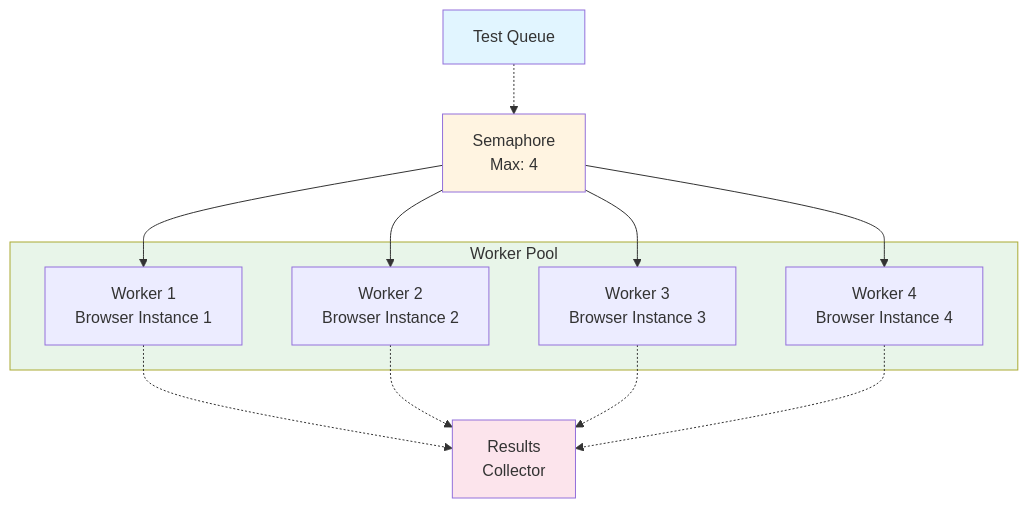
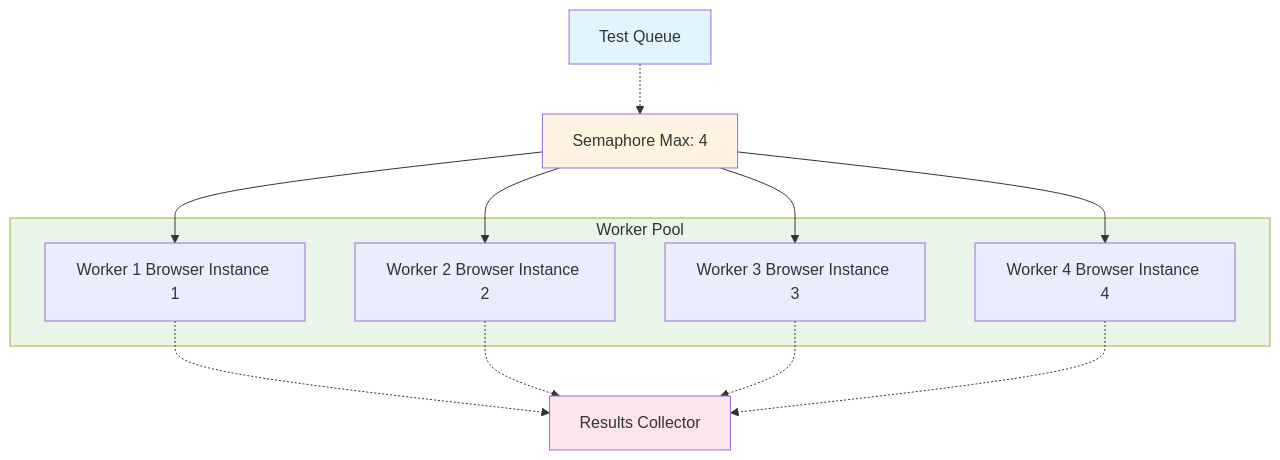
Before and after one commit to softwarewrighter/ui-test-rs: diagram 15 of 15 in wiki/Test-Runner.md, drawn with Mermaid. The commit also changed other lines of this file and 10 other files, not shown here.

First line of the commit message:
Fix wiki Mermaid diagrams: remove <br/> tags

````diff
--- a/wiki/Test-Runner.md
+++ b/wiki/Test-Runner.md
@@ -553,28 +553,28 @@
 ```mermaid
 graph TB
     subgraph WorkerPool["Worker Pool"]
-        W1[Worker 1<br/>Browser Instance 1]
-        W2[Worker 2<br/>Browser Instance 2]
-        W3[Worker 3<br/>Browser Instance 3]
-        W4[Worker 4<br/>Browser Instance 4]
+        W1[Worker 1 Browser Instance 1]
+        W2[Worker 2 Browser Instance 2]
+        W3[Worker 3 Browser Instance 3]
+        W4[Worker 4 Browser Instance 4]
     end
 
     Queue[Test Queue]
-    Semaphore[Semaphore<br/>Max: 4]
+    Semaphore[Semaphore Max: 4]
 
     Queue -.-> Semaphore
     Semaphore --> W1
     Semaphore --> W2
     Semaphore --> W3
     Semaphore --> W4
 
-    W1 -.-> Results[Results<br/>Collector]
+    W1 -.-> Results[Results Collector]
     W2 -.-> Results
     W3 -.-> Results
     W4 -.-> Results
 
     style Queue fill:#e1f5ff
     style Semaphore fill:#fff4e1
     style WorkerPool fill:#e8f5e9
     style Results fill:#fce4ec
 ```
````
